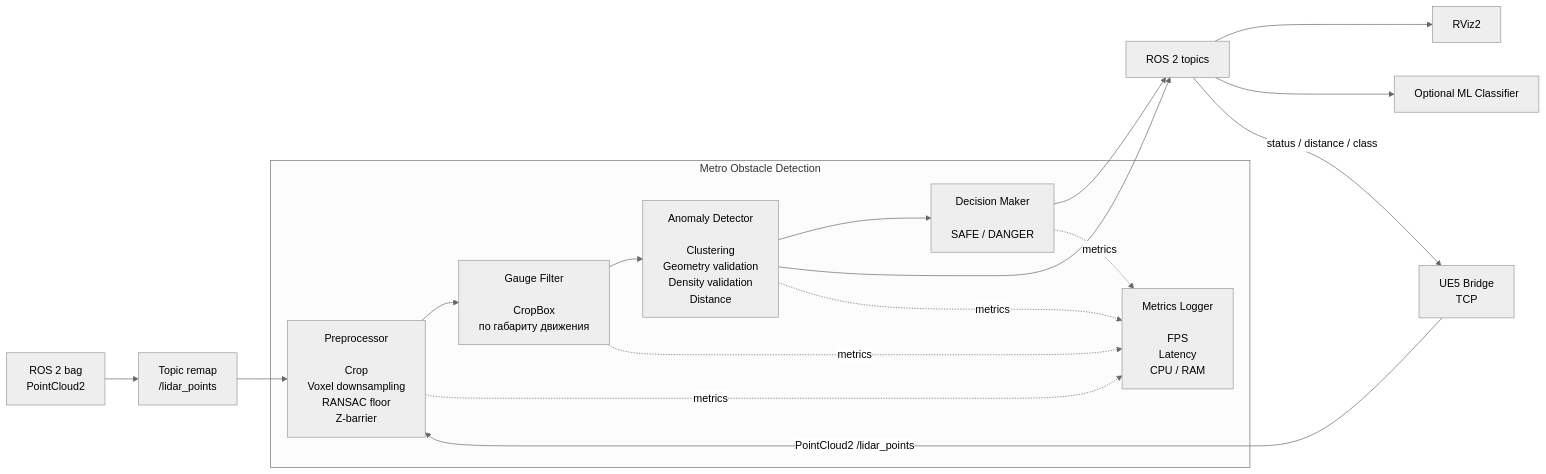
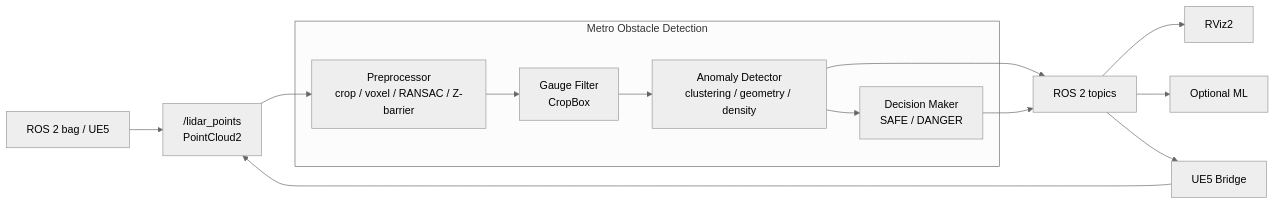
One commit to valuncilh/metro_obstacle_detection changed the first of 2 diagrams in README.md. Above: the diagram before and after it, drawn with Mermaid (neutral theme). The commit also changed other lines of this file, not shown here.

````diff
--- a/README.md
+++ b/README.md
@@ -5,42 +538,29 @@
 ```mermaid
 flowchart LR
+    BAG["ROS 2 bag / UE5"]
+    INPUT["/lidar_points<br/>PointCloud2"]
 
-    BAG["ROS 2 bag<br/>PointCloud2"]
-    REMAP["Topic remap<br/>/lidar_points"]
-
-    subgraph PIPELINE["Metro Obstacle Detection"]
-        PRE["Preprocessor<br/><br/>Crop<br/>Voxel downsampling<br/>RANSAC floor<br/>Z-barrier"]
-
-        GAUGE["Gauge Filter<br/><br/>CropBox<br/>по габариту движения"]
-
-        DETECTOR["Anomaly Detector<br/><br/>Clustering<br/>Geometry validation<br/>Density validation<br/>Distance"]
-
-        DECISION["Decision Maker<br/><br/>SAFE / DANGER"]
-
-        METRICS["Metrics Logger<br/><br/>FPS<br/>Latency<br/>CPU / RAM"]
+    subgraph PIPE["Metro Obstacle Detection"]
+        PRE["Preprocessor<br/>crop / voxel / RANSAC / Z-barrier"]
+        GAUGE["Gauge Filter<br/>CropBox"]
+        DET["Anomaly Detector<br/>clustering / geometry / density"]
+        DEC["Decision Maker<br/>SAFE / DANGER"]
     end
 
-    VIS["RViz2"]
-    ML["Optional ML Classifier"]
-    OUTPUT["ROS 2 topics"]
-    UE["UE5 Bridge<br/>TCP"]
+    OUT["ROS 2 topics"]
+    RVIZ["RViz2"]
+    ML["Optional ML"]
+    UE["UE5 Bridge"]
 
-    BAG --> REMAP
-    REMAP --> PRE
+    BAG --> INPUT
+    INPUT --> PRE
     PRE --> GAUGE
-    GAUGE --> DETECTOR
-    DETECTOR --> DECISION
-
-    DETECTOR --> OUTPUT
-    DECISION --> OUTPUT
-
-    OUTPUT --> VIS
-    OUTPUT --> ML
-    UE -->|"PointCloud2 /lidar_points"| PRE
-    OUTPUT -->|"status / distance / class"| UE
-
-    PRE -. metrics .-> METRICS
-    GAUGE -. metrics .-> METRICS
-    DETECTOR -. metrics .-> METRICS
-    DECISION -. metrics .-> METRICS
+    GAUGE --> DET
+    DET --> DEC
+    DET --> OUT
+    DEC --> OUT
+    OUT --> RVIZ
+    OUT --> ML
+    UE --> INPUT
+    OUT --> UE
 ```
````
